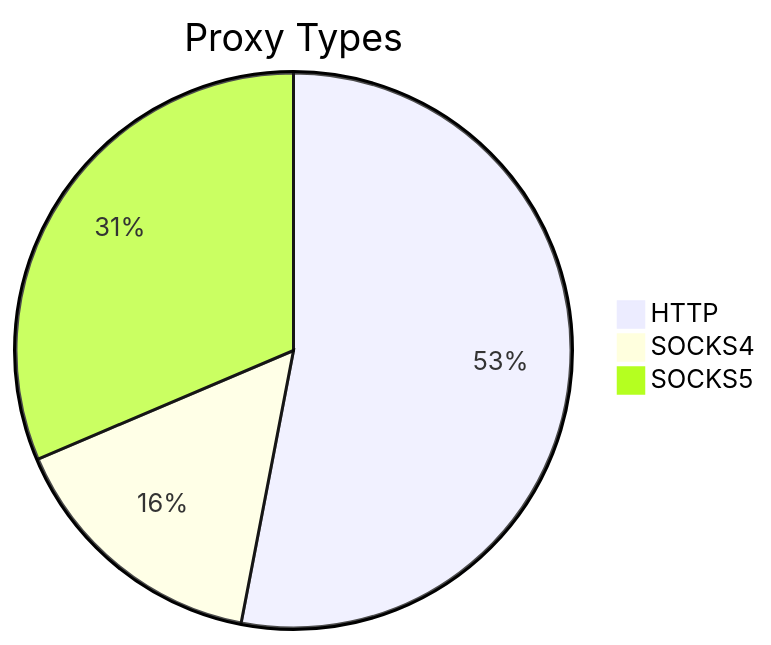
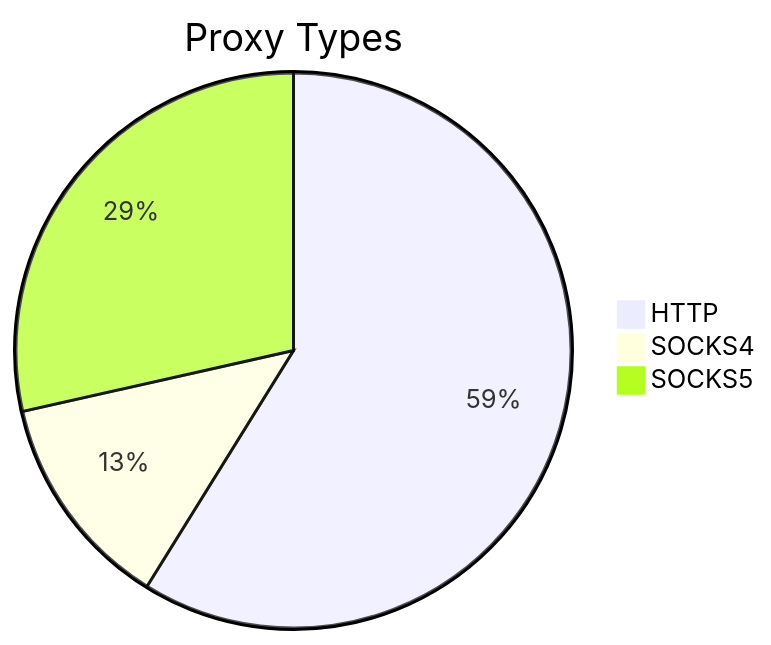
The first of 2 diagrams in README.md (stormsia/proxy-list), drawn with Mermaid before and after one commit. The commit also changed other lines of this file, not shown here.

````diff
--- a/README.md
+++ b/README.md
@@ -21,6 +21,6 @@
 ```mermaid
 pie title Proxy Types
-    "HTTP" : 228
-    "SOCKS4" : 67
-    "SOCKS5" : 135
+    "HTTP" : 326
+    "SOCKS4" : 70
+    "SOCKS5" : 158
 ```
````
